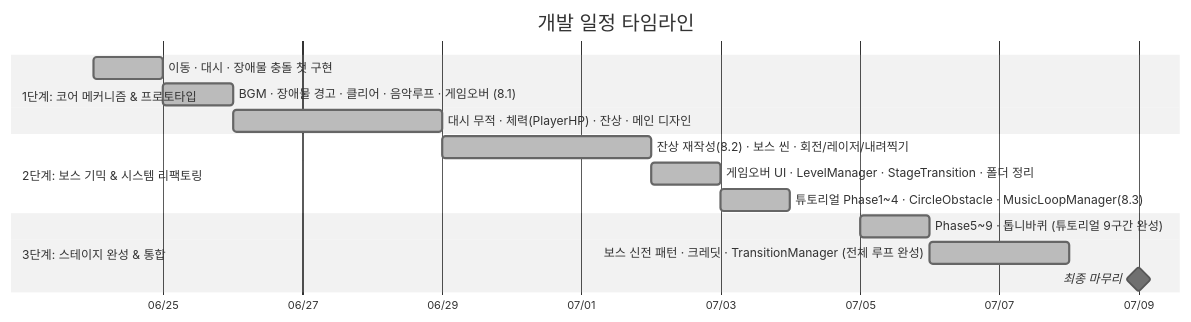
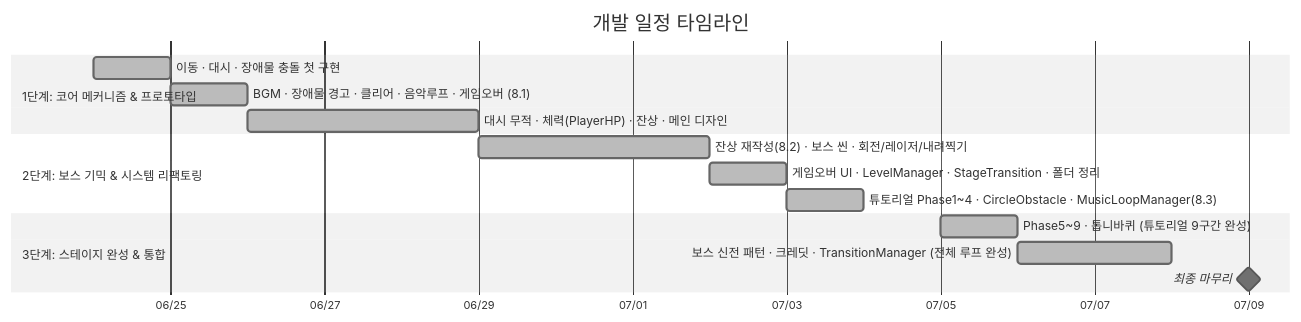
Before and after one commit to crescentyun-stack/Portfolio: the seventh of 8 diagrams in src/1-Just-Shapes-And-Beats/JSAB기술문서.md, drawn with Mermaid. The commit also changed other lines of this file and 1 other file, not shown here.

Commit message:
JSAB 간트파일 수정

````diff
--- a/src/1-Just-Shapes-And-Beats/JSAB기술문서.md
+++ b/src/1-Just-Shapes-And-Beats/JSAB기술문서.md
@@ -704,22 +704,22 @@
 ```mermaid
-%%{init: {'theme':'neutral'}}%%
+%%{init: {'theme':'neutral', 'gantt': {'useWidth': 1200}}}%%
 gantt
     title 개발 일정 타임라인
     dateFormat YYYY-MM-DD
     axisFormat %m/%d
 
     section 1단계: 코어 메커니즘 & 프로토타입
     이동 · 대시 · 장애물 충돌 첫 구현                  :done, p1, 2026-06-24, 1d
     BGM · 장애물 경고 · 클리어 · 음악루프 · 게임오버 (8.1) :done, p2, 2026-06-25, 1d
     대시 무적 · 체력(PlayerHP) · 잔상 · 메인 디자인     :done, p3, 2026-06-26, 2026-06-29
 
     section 2단계: 보스 기믹 & 시스템 리팩토링
     잔상 재작성(8.2) · 보스 씬 · 회전/레이저/내려찍기   :done, p4, 2026-06-29, 2026-07-02
     게임오버 UI · LevelManager · StageTransition · 폴더 정리 :done, p5, 2026-07-02, 1d
     튜토리얼 Phase1~4 · CircleObstacle · MusicLoopManager(8.3) :done, p6, 2026-07-03, 1d
 
     section 3단계: 스테이지 완성 & 통합
     Phase5~9 · 톱니바퀴 (튜토리얼 9구간 완성)           :done, p7, 2026-07-05, 1d
     보스 신전 패턴 · 크레딧 · TransitionManager (전체 루프 완성) :done, p8, 2026-07-06, 2026-07-08
       최종 마무리                                       :milestone, m1, 2026-07-09, 0d
 ```
````
